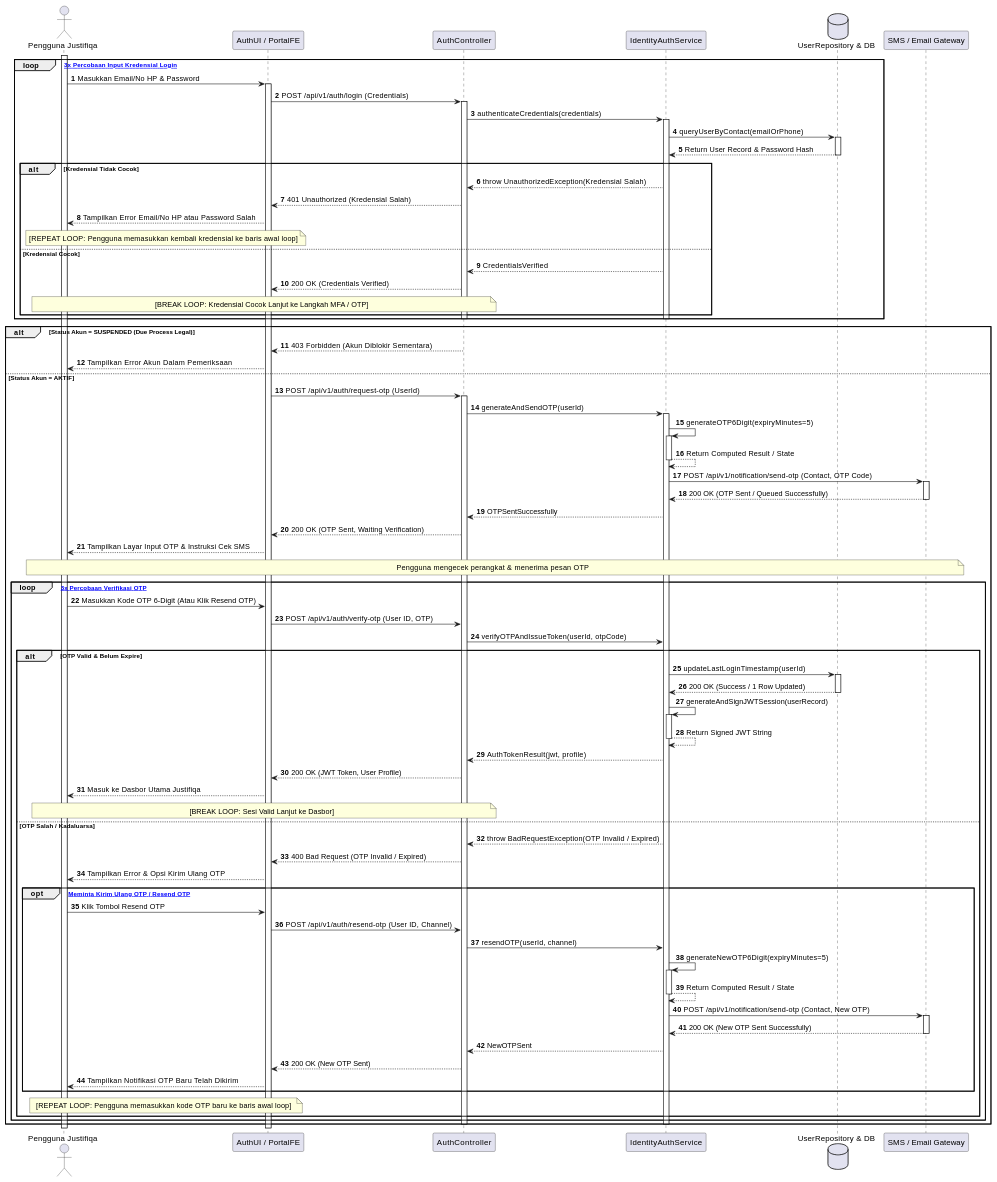
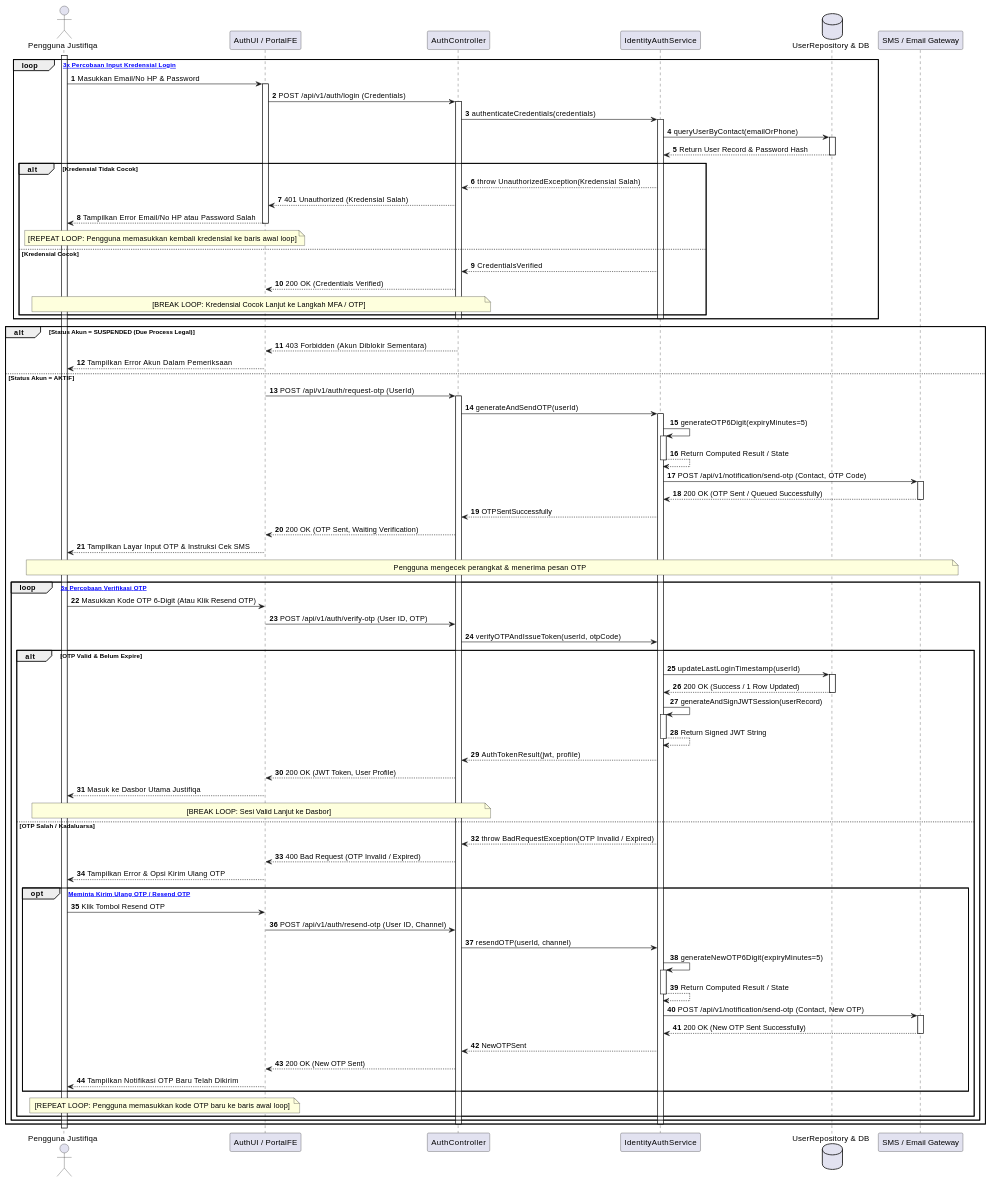
Before and after one commit to tupperwureism/SuperApp-Gagal: the second of 28 diagrams in MarkDown/plantuml_sequence_diagrams.md, drawn with PlantUML. The commit also changed other lines of this file, not shown here.

````diff
--- a/MarkDown/plantuml_sequence_diagrams.md
+++ b/MarkDown/plantuml_sequence_diagrams.md
@@ -114,10 +120,12 @@
         SVC --> CTRL : throw UnauthorizedException(Kredensial Salah)
         CTRL --> FE : 401 Unauthorized (Kredensial Salah)
         FE --> User : Tampilkan Error Email/No HP atau Password Salah
+        deactivate FE
         note over User, FE : [REPEAT LOOP: Pengguna memasukkan kembali kredensial ke baris awal loop]
     else Kredensial Cocok
         SVC --> CTRL : CredentialsVerified
         CTRL --> FE : 200 OK (Credentials Verified)
+        deactivate FE
         note over User, CTRL : [BREAK LOOP: Kredensial Cocok Lanjut ke Langkah MFA / OTP]
     end
     deactivate SVC
@@ -176,7 +184,6 @@
     deactivate SVC
     deactivate CTRL
 end
-deactivate FE
 deactivate User
 @enduml
 ```
````
